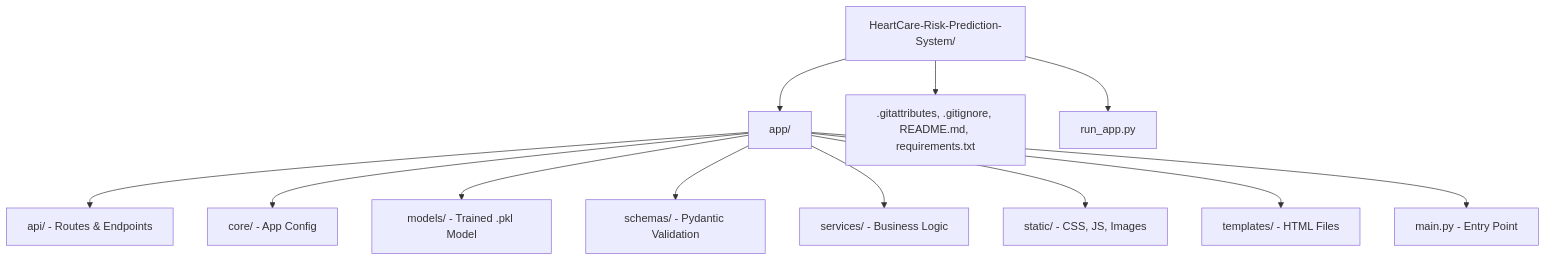
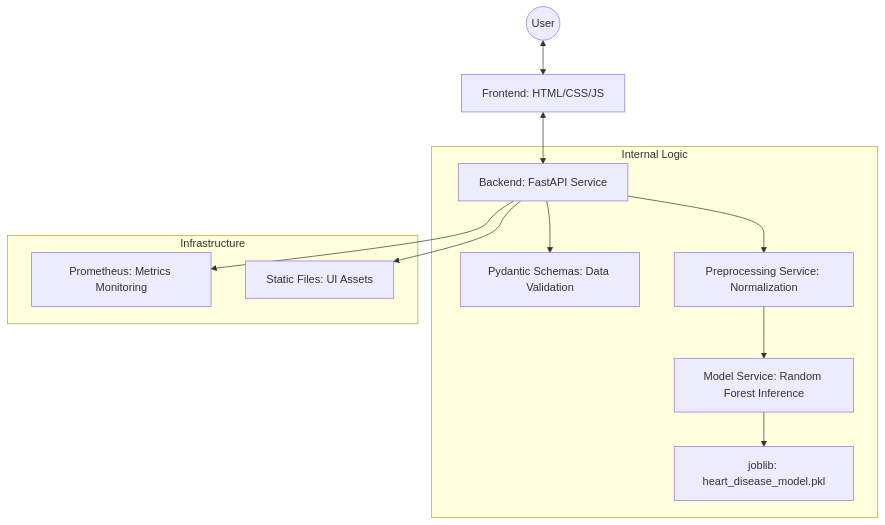
One commit to mohsinkp02/HeartCare-Risk-Prediction-System changed the first of 2 diagrams in README.md. Above: the diagram before and after it, drawn with Mermaid. The commit also changed other lines of this file, not shown here.

````diff
--- a/README.md
+++ b/README.md
@@ -125,15 +52,17 @@
 ```mermaid
 graph TD
-    Root[HeartCare-Risk-Prediction-System/] --> App[app/]
-    Root --> Config[.gitattributes, .gitignore, README.md, requirements.txt]
-    Root --> Runner[run_app.py]
+    User((User)) <--> UI[Frontend: HTML/CSS/JS]
+    UI <--> FastAPI[Backend: FastAPI Service]
     
-    App --> API[api/ - Routes & Endpoints]
-    App --> Core[core/ - App Config]
-    App --> Models[models/ - Trained .pkl Model]
-    App --> Schemas[schemas/ - Pydantic Validation]
-    App --> Services[services/ - Business Logic]
-    App --> Static[static/ - CSS, JS, Images]
-    App --> Templates[templates/ - HTML Files]
-    App --> Main[main.py - Entry Point]
+    subgraph "Internal Logic"
+        FastAPI --> Schemas[Pydantic Schemas: Data Validation]
+        FastAPI --> Services[Preprocessing Service: Normalization]
+        Services --> Model[Model Service: Random Forest Inference]
+        Model --> PKL[joblib: heart_disease_model.pkl]
+    end
+    
+    subgraph "Infrastructure"
+        FastAPI --> Prometheus[Prometheus: Metrics Monitoring]
+        FastAPI --> Static[Static Files: UI Assets]
+    end
 ```
````
